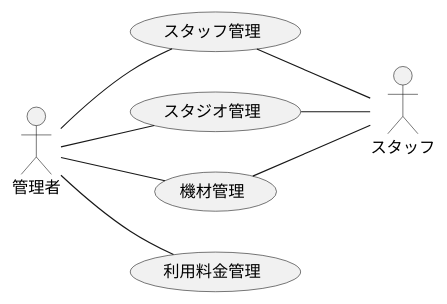
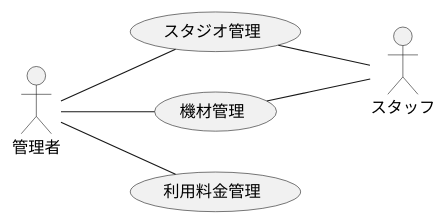
Before and after one commit to TakashiOnawa/ddd-practice-studio-reservation: the diagram in modeling/BusinessUsecase_設備管理.pu, drawn with PlantUML. The commit also changed 9 other files, not shown here.

```diff
--- a/modeling/BusinessUsecase_設備管理.pu
+++ b/modeling/BusinessUsecase_設備管理.pu
@@ -1,18 +1,16 @@
 @startuml BusinessUsecase
 
 left to right direction
 
 actor 管理者
-
-管理者 -- (スタッフ管理)
-(スタッフ管理) -- スタッフ
+actor スタッフ
 
 管理者 -- (スタジオ管理)
 (スタジオ管理) -- スタッフ
 
 管理者 -- (機材管理)
 (機材管理) -- スタッフ
 
 管理者 -- (利用料金管理)
 
 @enduml
```
